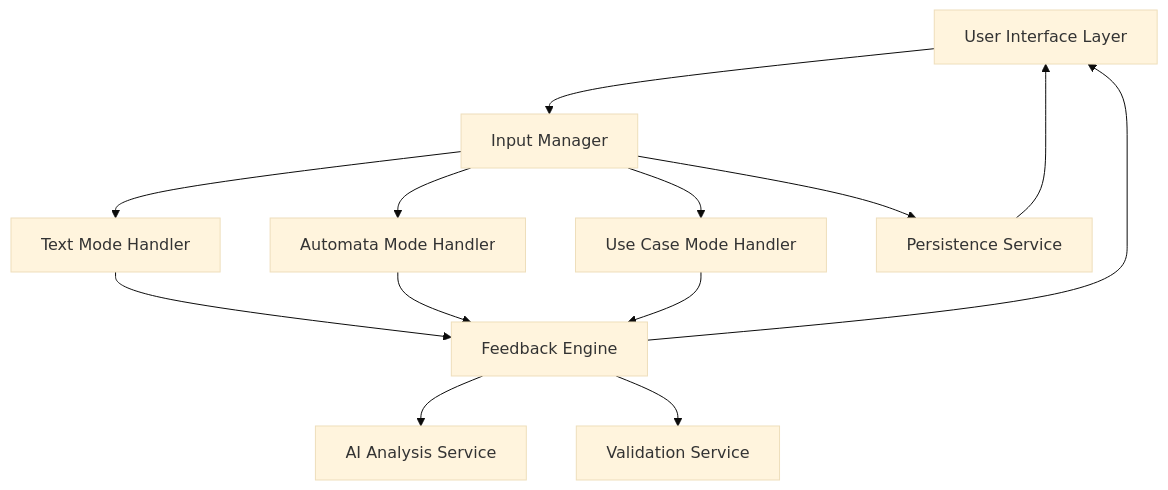
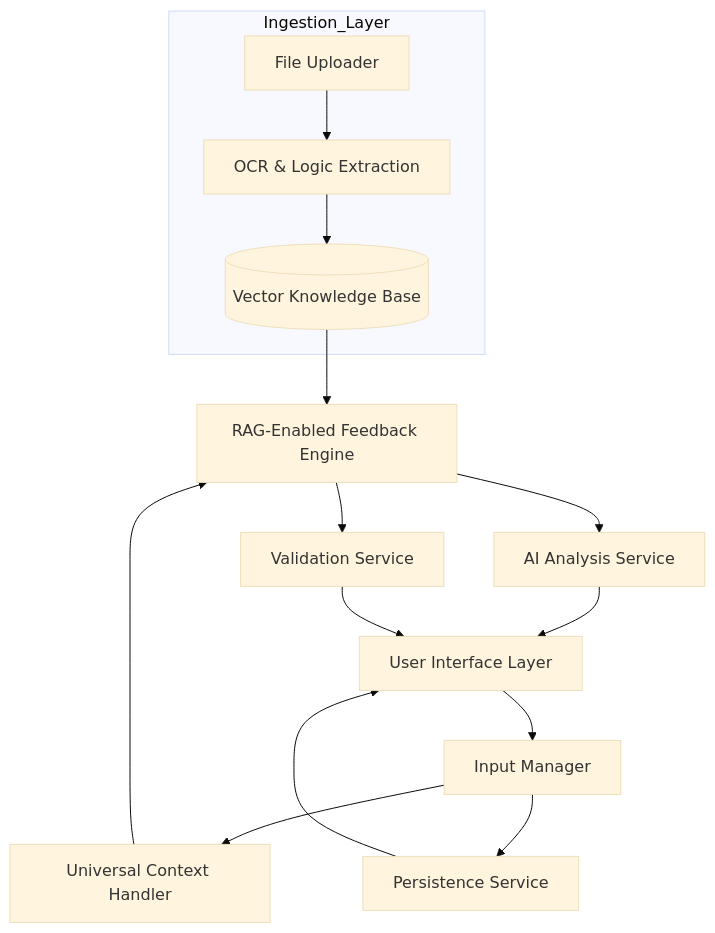
Before and after one commit to Ishani018/Microservices: the diagram in design.md, drawn with Mermaid (base theme). The commit also changed other lines of this file, not shown here.

Commit message:
Revise design document for AI Tutor system
Updated the design document to reflect new architecture and component responsibilities, including the addition of an Ingestion Layer and modifications to the Feedback Engine.

````diff
--- a/design.md
+++ b/design.md
@@ -17,25 +17,20 @@
 ```mermaid
 graph TB
-    UI[User Interface Layer]
-    IM[Input Manager]
-    TM[Text Mode Handler]
-    AM[Automata Mode Handler]
-    UM[Use Case Mode Handler]
-    FE[Feedback Engine]
-    AI[AI Analysis Service]
-    VS[Validation Service]
-    PS[Persistence Service]
+    subgraph Ingestion_Layer
+        UL[File Uploader] --> OCR[OCR & Logic Extraction]
+        OCR --> KB[(Vector Knowledge Base)]
+    end
+
+    UI[User Interface Layer] --> IM[Input Manager]
+    IM --> MH[Universal Context Handler]
     
-    UI --> IM
-    IM --> TM
-    IM --> AM
-    IM --> UM
-    TM --> FE
-    AM --> FE
-    UM --> FE
-    FE --> AI
-    FE --> VS
-    FE --> UI
-    IM --> PS
+    KB --> FE
+    MH --> FE[RAG-Enabled Feedback Engine]
+    FE --> AI[AI Analysis Service]
+    FE --> VS[Validation Service]
+    
+    AI --> UI
+    VS --> UI
+    IM --> PS[Persistence Service]
     PS --> UI
 ```
````
